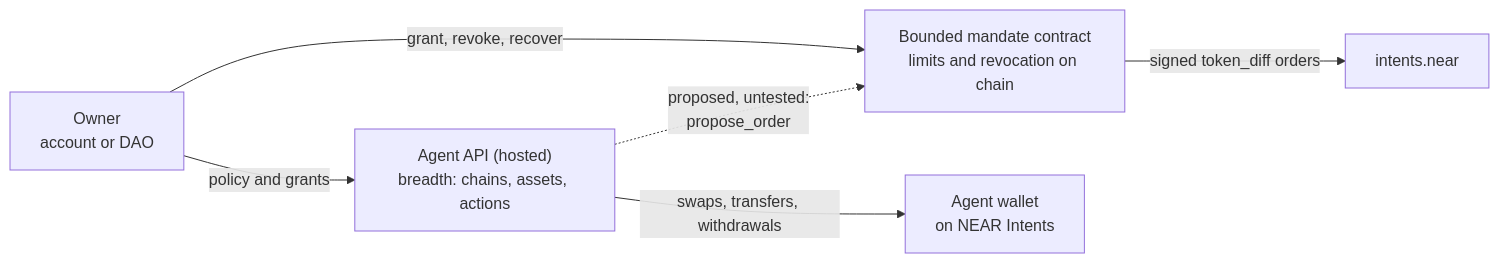
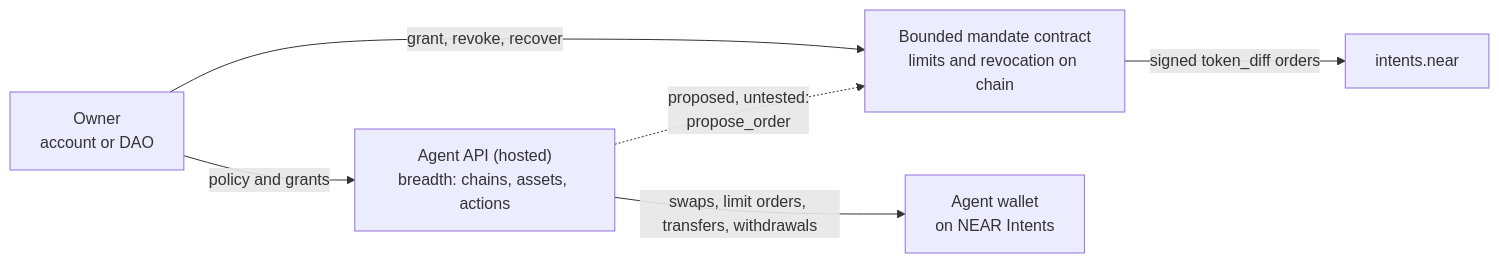
Before and after one commit to gryyny/bounded-mandate: the diagram in docs/comparison.md, drawn with Mermaid. The commit also changed other lines of this file and 2 other files, not shown here.

Commit message:
docs(comparison): state the Agent API's limit-order price bound and cancellation, reread 13 November

````diff
--- a/docs/comparison.md
+++ b/docs/comparison.md
@@ -104,8 +104,8 @@
 ```mermaid
 flowchart LR
   O["Owner<br/>account or DAO"] -->|"policy and grants"| API["Agent API (hosted)<br/>breadth: chains, assets, actions"]
   O -->|"grant, revoke, recover"| M["Bounded mandate contract<br/>limits and revocation on chain"]
-  API -->|"swaps, transfers, withdrawals"| W["Agent wallet<br/>on NEAR Intents"]
+  API -->|"swaps, limit orders, transfers, withdrawals"| W["Agent wallet<br/>on NEAR Intents"]
   API -.->|"proposed, untested:<br/>propose_order"| M
   M -->|"signed token_diff orders"| V["intents.near"]
 ```
````
